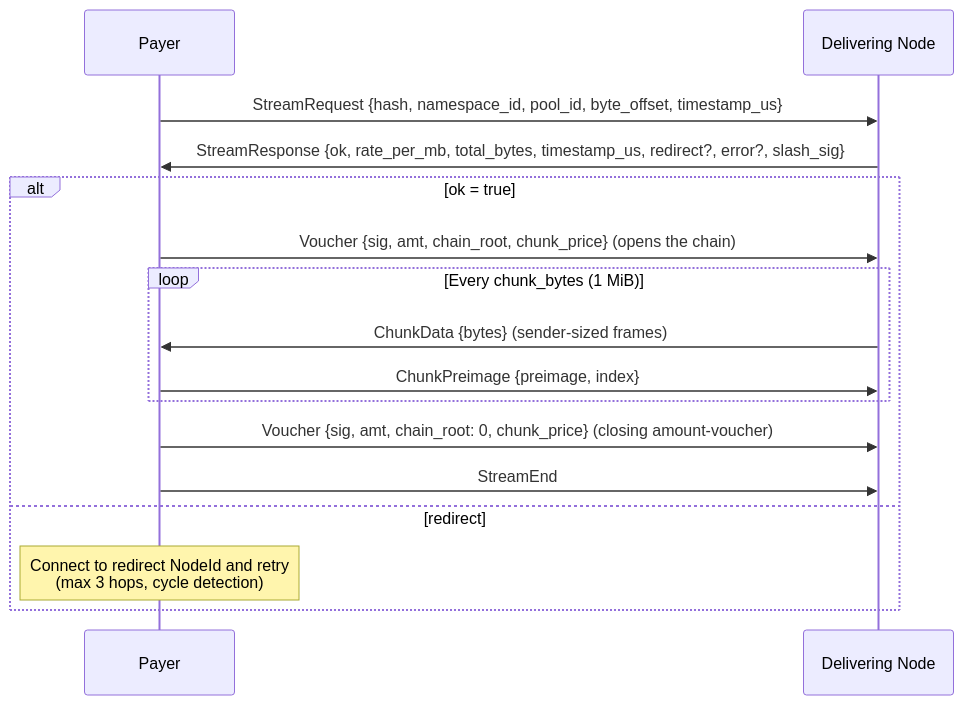
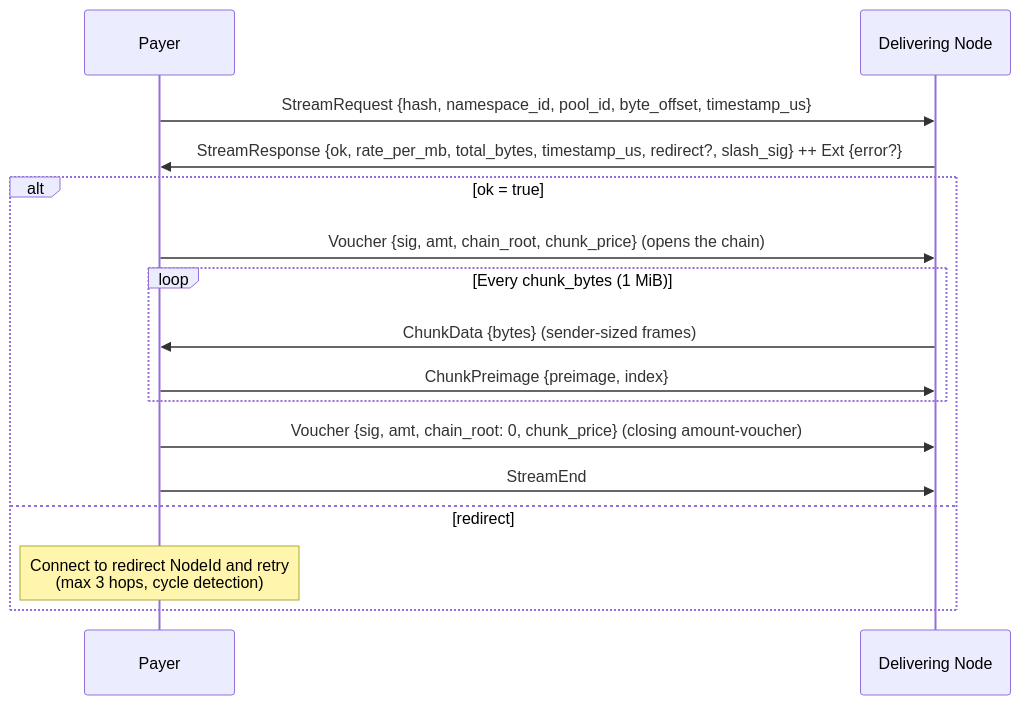
Before and after one commit to decdn/decdn: the second of 3 diagrams in adr/005-protocol.md, drawn with Mermaid. The commit also changed 22 other files, not shown here.

````diff
--- a/adr/005-protocol.md
+++ b/adr/005-protocol.md
@@ -104,20 +104,20 @@
 ```mermaid
 sequenceDiagram
     participant P as Payer
     participant D as Delivering Node
 
     P->>D: StreamRequest {hash, namespace_id, pool_id, byte_offset, timestamp_us}
-    D->>P: StreamResponse {ok, rate_per_mb, total_bytes, timestamp_us, redirect?, error?, slash_sig}
+    D->>P: StreamResponse {ok, rate_per_mb, total_bytes, timestamp_us, redirect?, slash_sig} ++ Ext {error?}
 
     alt ok = true
         P->>D: Voucher {sig, amt, chain_root, chunk_price} (opens the chain)
         loop Every chunk_bytes (1 MiB)
             D->>P: ChunkData {bytes} (sender-sized frames)
             P->>D: ChunkPreimage {preimage, index}
         end
         P->>D: Voucher {sig, amt, chain_root: 0, chunk_price} (closing amount-voucher)
         P->>D: StreamEnd
     else redirect
         Note over P: Connect to redirect NodeId and retry<br/>(max 3 hops, cycle detection)
     end
 ```
````
